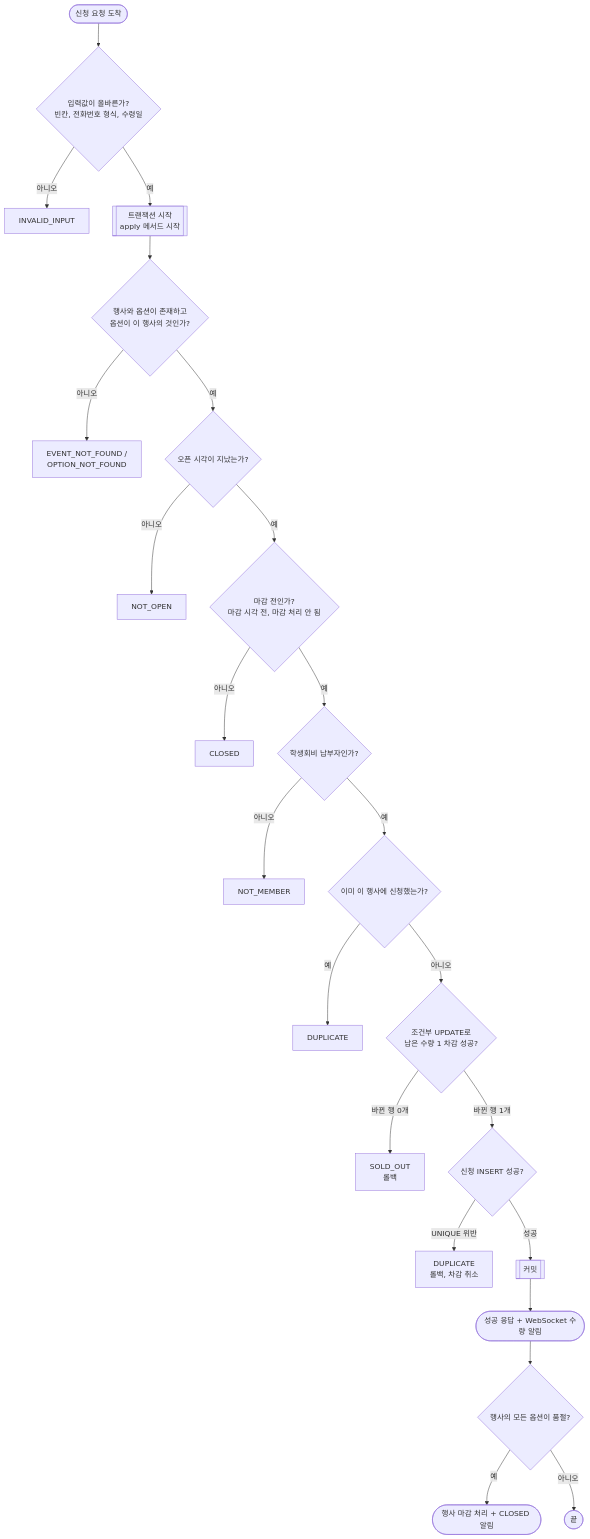
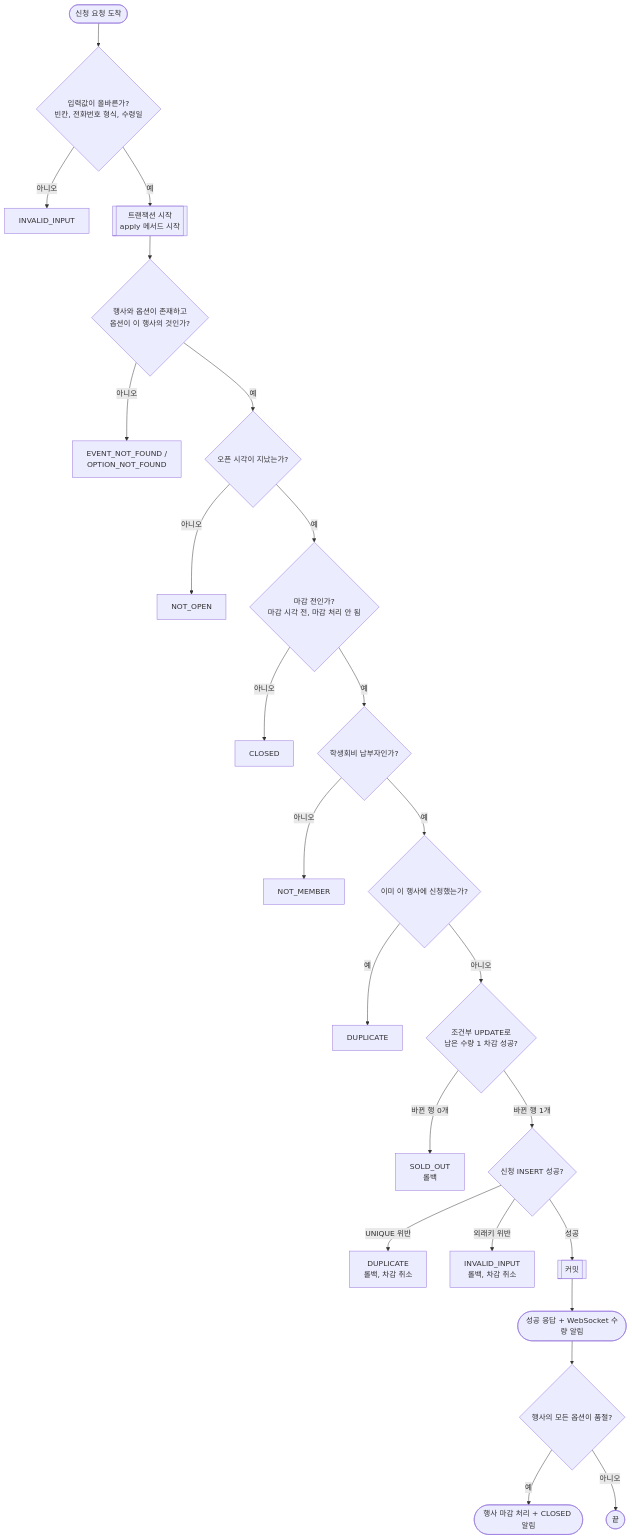
The diagram in docs/design-server-api.md (xeoucys/Coma), drawn with Mermaid before and after one commit. The commit also changed other lines of this file and 22 other files, not shown here.

````diff
--- a/docs/design-server-api.md
+++ b/docs/design-server-api.md
@@ -169,25 +177,26 @@
 ```mermaid
 flowchart TD
     A([신청 요청 도착]) --> B{입력값이 올바른가?<br/>빈칸, 전화번호 형식, 수령일}
     B -- 아니오 --> E1[INVALID_INPUT]
     B -- 예 --> T[[트랜잭션 시작<br/>apply 메서드 시작]]
     T --> C{행사와 옵션이 존재하고<br/>옵션이 이 행사의 것인가?}
     C -- 아니오 --> E2[EVENT_NOT_FOUND /<br/>OPTION_NOT_FOUND]
     C -- 예 --> D{오픈 시각이 지났는가?}
     D -- 아니오 --> E3[NOT_OPEN]
     D -- 예 --> F{마감 전인가?<br/>마감 시각 전, 마감 처리 안 됨}
     F -- 아니오 --> E4[CLOSED]
     F -- 예 --> G{학생회비 납부자인가?}
     G -- 아니오 --> E5[NOT_MEMBER]
     G -- 예 --> H{이미 이 행사에 신청했는가?}
     H -- 예 --> E6[DUPLICATE]
     H -- 아니오 --> I{조건부 UPDATE로<br/>남은 수량 1 차감 성공?}
     I -- "바뀐 행 0개" --> E7[SOLD_OUT<br/>롤백]
     I -- "바뀐 행 1개" --> J{신청 INSERT 성공?}
     J -- "UNIQUE 위반" --> E6B[DUPLICATE<br/>롤백, 차감 취소]
+    J -- "외래키 위반" --> E8[INVALID_INPUT<br/>롤백, 차감 취소]
     J -- 성공 --> K[[커밋]]
     K --> L([성공 응답 + WebSocket 수량 알림])
     L --> M{행사의 모든 옵션이 품절?}
     M -- 예 --> N([행사 마감 처리 + CLOSED 알림])
     M -- 아니오 --> O([끝])
 ```
````
